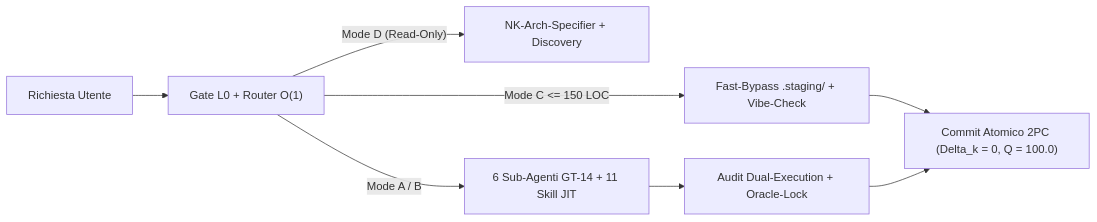
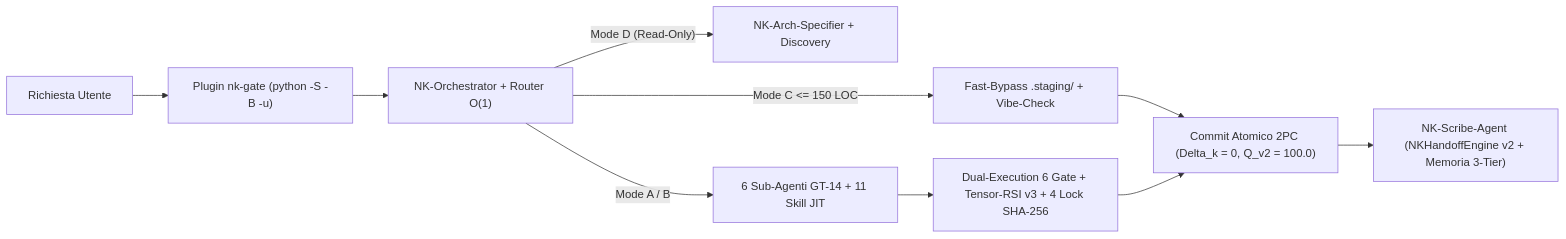
One commit to erbaldo86/NK-Hub changed the diagram in nk_docs_and_setup/README.it.md. Above: the diagram before and after it, drawn with Mermaid. The commit also changed other lines of this file and 401 other files, not shown here.

Commit message:
feat(release): NK Hub Generation v3.0.2-Generation (Tensor-RSI v3, Handoff V2, NVMe Pyramid, Forensic Hardening & GitHub Showcase)

````diff
--- a/nk_docs_and_setup/README.it.md
+++ b/nk_docs_and_setup/README.it.md
@@ -87,10 +92,12 @@
 ```mermaid
 flowchart LR
-    U["Richiesta Utente"] --> R["Gate L0 + Router O(1)"]
+    U["Richiesta Utente"] --> HG["Plugin nk-gate (python -S -B -u)"]
+    HG --> R["NK-Orchestrator + Router O(1)"]
     R -->|"Mode D (Read-Only)"| RO["NK-Arch-Specifier + Discovery"]
     R -->|"Mode C <= 150 LOC"| FB["Fast-Bypass .staging/ + Vibe-Check"]
     R -->|"Mode A / B"| S["6 Sub-Agenti GT-14 + 11 Skill JIT"]
-    S --> A["Audit Dual-Execution + Oracle-Lock"]
-    FB --> C["Commit Atomico 2PC (Delta_k = 0, Q = 100.0)"]
+    S --> A["Dual-Execution 6 Gate + Tensor-RSI v3 + 4 Lock SHA-256"]
+    FB --> C["Commit Atomico 2PC (Delta_k = 0, Q_v2 = 100.0)"]
     A --> C
+    C --> SCR["NK-Scribe-Agent (NKHandoffEngine v2 + Memoria 3-Tier)"]
 ```
````
